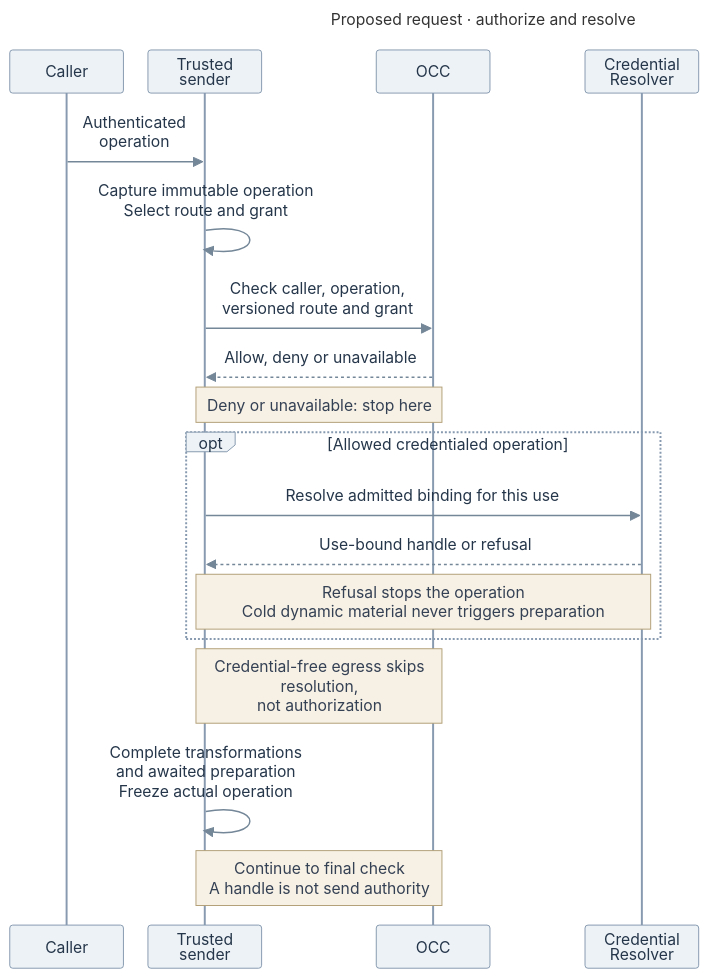
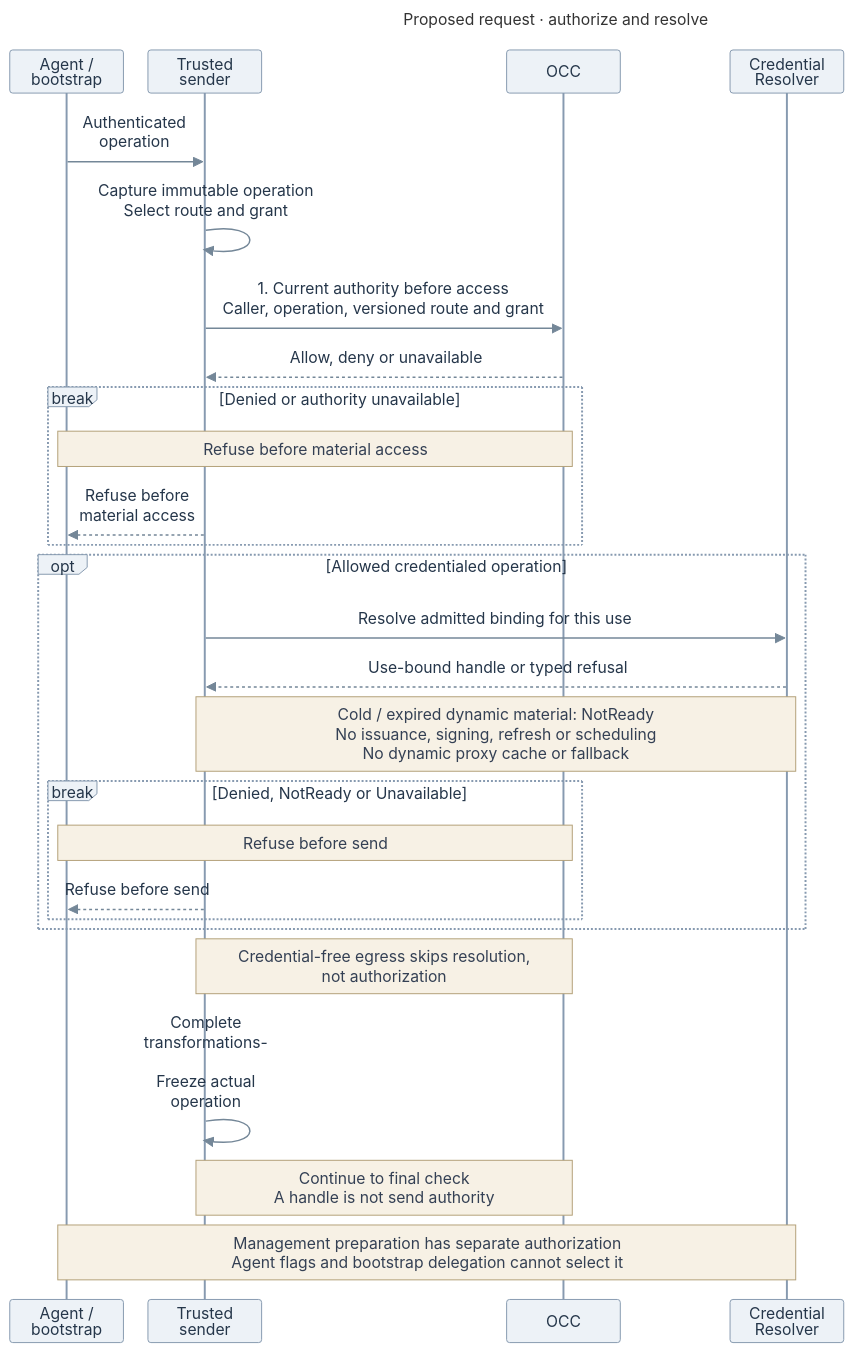
The diagram in specs/rfcs/0019-egress-proxy-credential-lifecycle/assets/request-caching.mmd (freeqaz-openai/openclaw-enterprise), drawn with Mermaid before and after one commit. The commit also changed 20 other files, not shown here.

Commit message:
docs(rfc): align egress roles and management preparation

```diff
--- a/specs/rfcs/0019-egress-proxy-credential-lifecycle/assets/request-caching.mmd
+++ b/specs/rfcs/0019-egress-proxy-credential-lifecycle/assets/request-caching.mmd
@@ -1,45 +1,53 @@
 ---
 title: "Proposed request · authorize and resolve"
 config:
   theme: base
   themeVariables:
     fontFamily: "Arial, sans-serif"
     fontSize: "16px"
     actorBkg: "#EDF2F7"
     actorBorder: "#879AB0"
     actorTextColor: "#25364A"
     noteBkgColor: "#F7F1E5"
     noteBorderColor: "#B3A078"
     noteTextColor: "#344054"
     signalColor: "#748798"
     signalTextColor: "#25364A"
   sequence:
     useMaxWidth: false
     actorMargin: 18
     width: 116
     height: 44
     diagramMarginX: 12
     diagramMarginY: 12
     messageMargin: 16
     noteMargin: 8
     mirrorActors: true
     wrap: true
 ---
 sequenceDiagram
-  participant A as Caller
+  participant A as Agent /<br/>bootstrap
   participant S as Trusted sender
   participant C as OCC
   participant R as Credential<br/>Resolver
   A->>S: Authenticated operation
   S->>S: Capture immutable operation<br/>Select route and grant
-  S->>C: Check caller, operation,<br/>versioned route and grant
+  S->>C: 1. Current authority before access<br/>Caller, operation, versioned route and grant
   C-->>S: Allow, deny or unavailable
-  Note over S,C: Deny or unavailable: stop here
+  break Denied or authority unavailable
+    Note over A,C: Refuse before material access
+    S-->>A: Refuse before material access
+  end
   opt Allowed credentialed operation
     S->>R: Resolve admitted binding for this use
-    R-->>S: Use-bound handle or refusal
-    Note over S,R: Refusal stops the operation<br/>Cold dynamic material never triggers preparation
+    R-->>S: Use-bound handle or typed refusal
+    Note over S,R: Cold / expired dynamic material: NotReady<br/>No issuance, signing, refresh or scheduling<br/>No dynamic proxy cache or fallback
+    break Denied, NotReady or Unavailable
+      Note over A,C: Refuse before send
+      S-->>A: Refuse before send
+    end
   end
   Note over S,C: Credential-free egress skips resolution,<br/>not authorization
-  S->>S: Complete transformations<br/>and awaited preparation<br/>Freeze actual operation
+  S->>S: Complete transformations<br/>Freeze actual operation
   Note over S,C: Continue to final check<br/>A handle is not send authority
+  Note over A,R: Management preparation has separate authorization<br/>Agent flags and bootstrap delegation cannot select it
```
